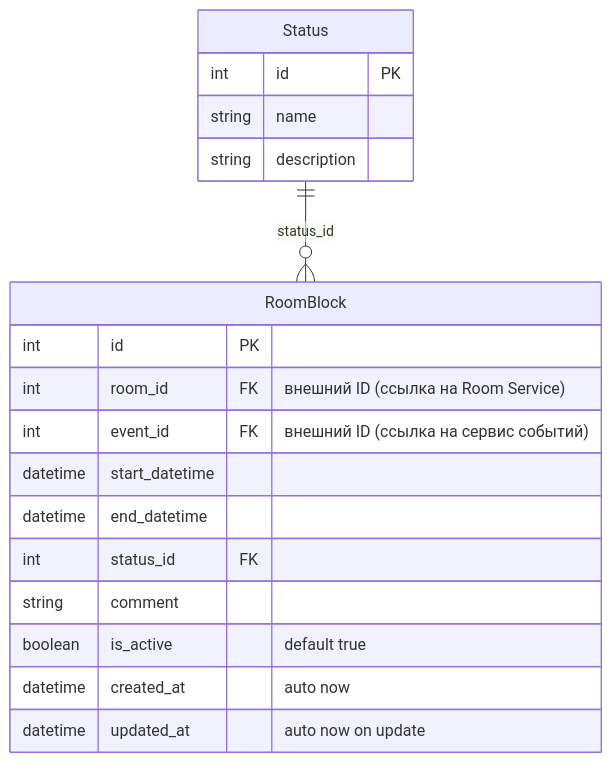
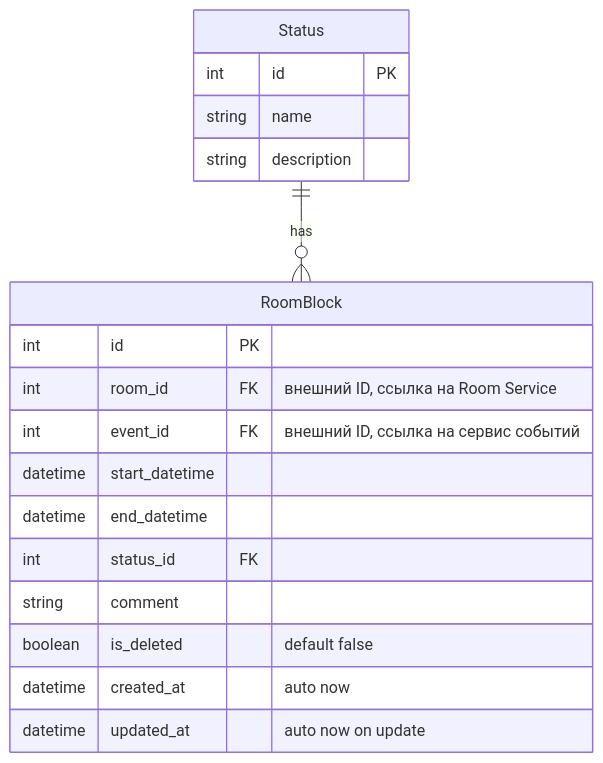
The diagram in S24/doc.md (super122gg/KPK_UP2_23-1P9), drawn with Mermaid before and after one commit. The commit also changed other lines of this file, not shown here.

````diff
--- a/S24/doc.md
+++ b/S24/doc.md
@@ -8,21 +8,21 @@
 ```mermaid
 erDiagram
     Status {
         int id PK
         string name
         string description
     }
     RoomBlock {
         int id PK
-        int room_id FK "внешний ID (ссылка на Room Service)"
-        int event_id FK "внешний ID (ссылка на сервис событий)"
+        int room_id FK "внешний ID, ссылка на Room Service"
+        int event_id FK "внешний ID, ссылка на сервис событий"
         datetime start_datetime
         datetime end_datetime
         int status_id FK
         string comment
-        boolean is_active "default true"
+        boolean is_deleted "default false"
         datetime created_at "auto now"
         datetime updated_at "auto now on update"
     }
-    Status ||--o{ RoomBlock : "status_id"
+    Status ||--o{ RoomBlock : has
 ```
````
